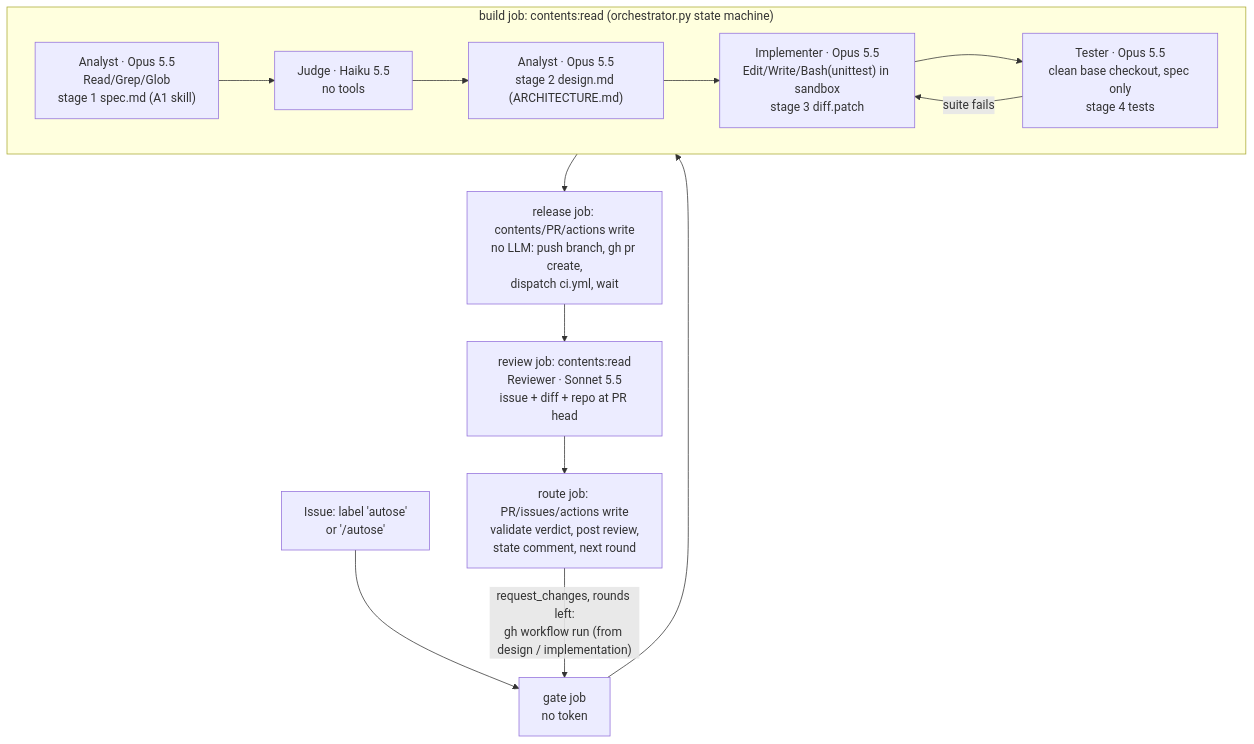
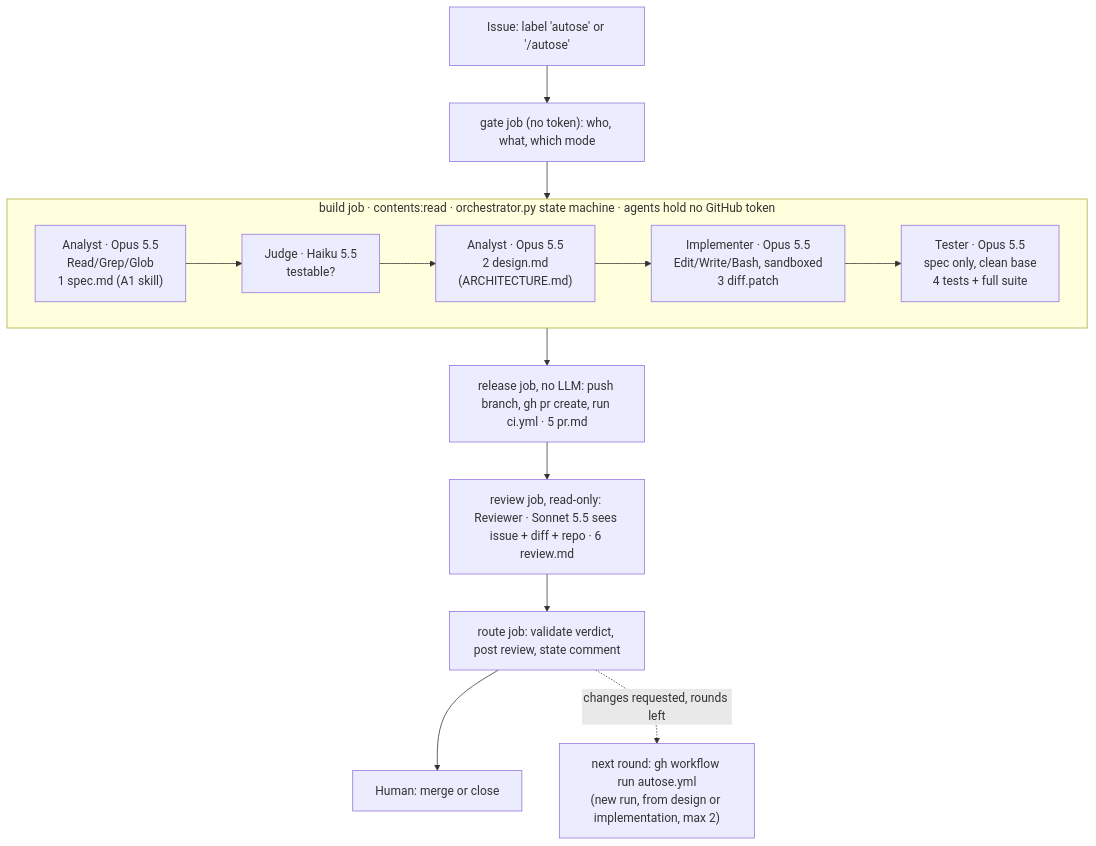
Before and after one commit to AlooKaLaddoo/2023113021_AutoSE_A3: the first of 2 diagrams in report.md, drawn with Mermaid. The commit also changed other lines of this file and 2 other files, not shown here.

Commit message:
Address review: CI proof on PR pages, protection timeline, role count, top-down component view

````diff
--- a/report.md
+++ b/report.md
@@ -11,17 +11,17 @@
 ```mermaid
 flowchart TB
-    I["Issue: label 'autose'<br/>or '/autose'"] --> G["gate job<br/>no token"]
+    I["Issue: label 'autose' or '/autose'"] --> G["gate job (no token): who, what, which mode"]
     G --> B
-    subgraph B["build job: contents:read (orchestrator.py state machine)"]
+    subgraph B["build job · contents:read · orchestrator.py state machine · agents hold no GitHub token"]
         direction LR
-        A1["Analyst · Opus 5.5<br/>Read/Grep/Glob<br/>stage 1 spec.md (A1 skill)"] --> J["Judge · Haiku 5.5<br/>no tools"]
-        J --> A2["Analyst · Opus 5.5<br/>stage 2 design.md (ARCHITECTURE.md)"]
-        A2 --> IM["Implementer · Opus 5.5<br/>Edit/Write/Bash(unittest) in sandbox<br/>stage 3 diff.patch"]
-        IM --> T["Tester · Opus 5.5<br/>clean base checkout, spec only<br/>stage 4 tests"]
-        T -->|suite fails| IM
+        A1["Analyst · Opus 5.5<br/>Read/Grep/Glob<br/>1 spec.md (A1 skill)"] --> J["Judge · Haiku 5.5<br/>testable?"]
+        J --> A2["Analyst · Opus 5.5<br/>2 design.md<br/>(ARCHITECTURE.md)"]
+        A2 --> IM["Implementer · Opus 5.5<br/>Edit/Write/Bash, sandboxed<br/>3 diff.patch"]
+        IM --> T["Tester · Opus 5.5<br/>spec only, clean base<br/>4 tests + full suite"]
     end
-    B --> R["release job: contents/PR/actions write<br/>no LLM: push branch, gh pr create,<br/>dispatch ci.yml, wait"]
-    R --> V["review job: contents:read<br/>Reviewer · Sonnet 5.5<br/>issue + diff + repo at PR head"]
-    V --> RT["route job: PR/issues/actions write<br/>validate verdict, post review,<br/>state comment, next round"]
-    RT -->|"request_changes, rounds left:<br/>gh workflow run (from design / implementation)"| G
+    B --> R["release job, no LLM: push branch, gh pr create, run ci.yml · 5 pr.md"]
+    R --> V["review job, read-only: Reviewer · Sonnet 5.5 sees issue + diff + repo · 6 review.md"]
+    V --> RT["route job: validate verdict, post review, state comment"]
+    RT --> H["Human: merge or close"]
+    RT -. "changes requested, rounds left" .-> NX["next round: gh workflow run autose.yml<br/>(new run, from design or implementation, max 2)"]
 ```
````
